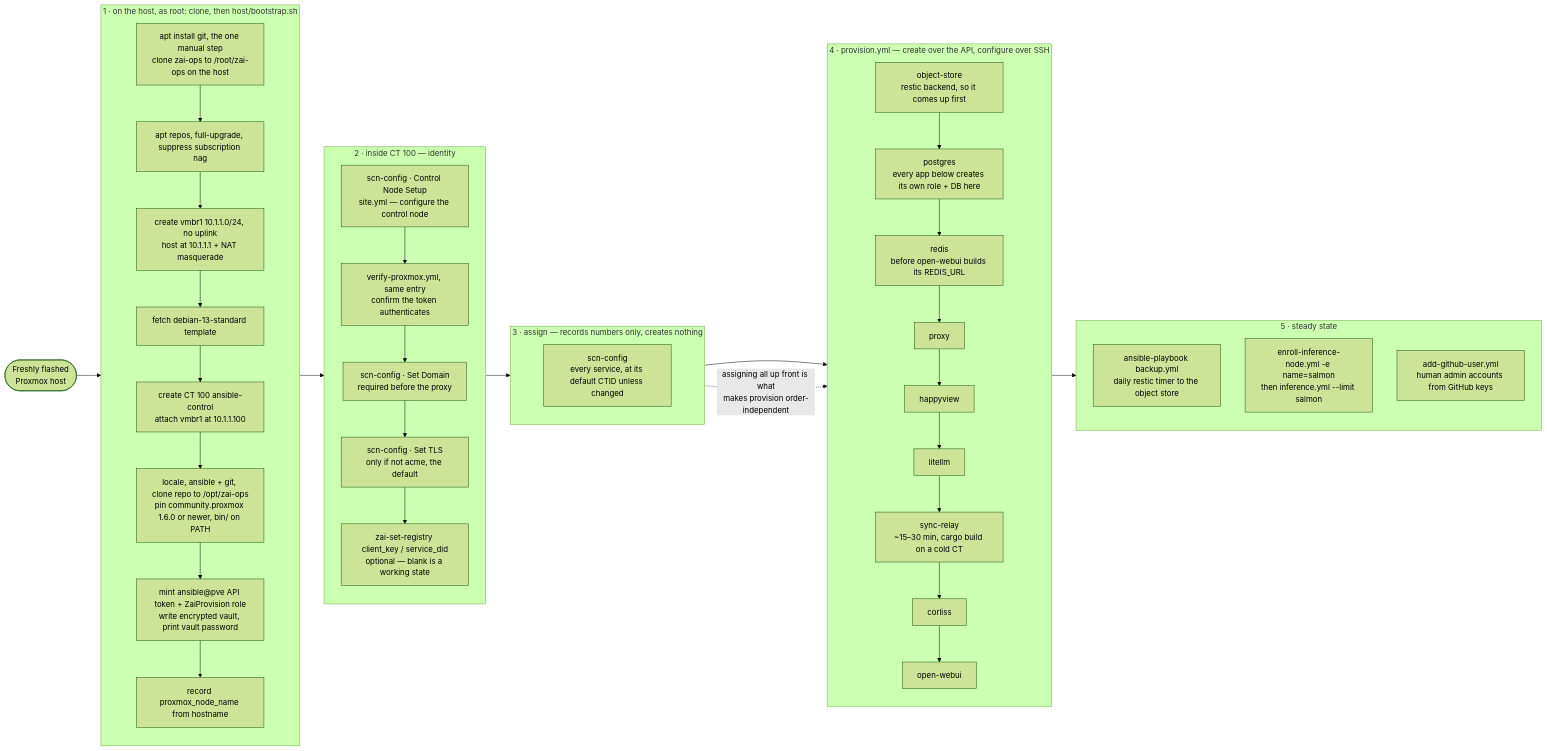
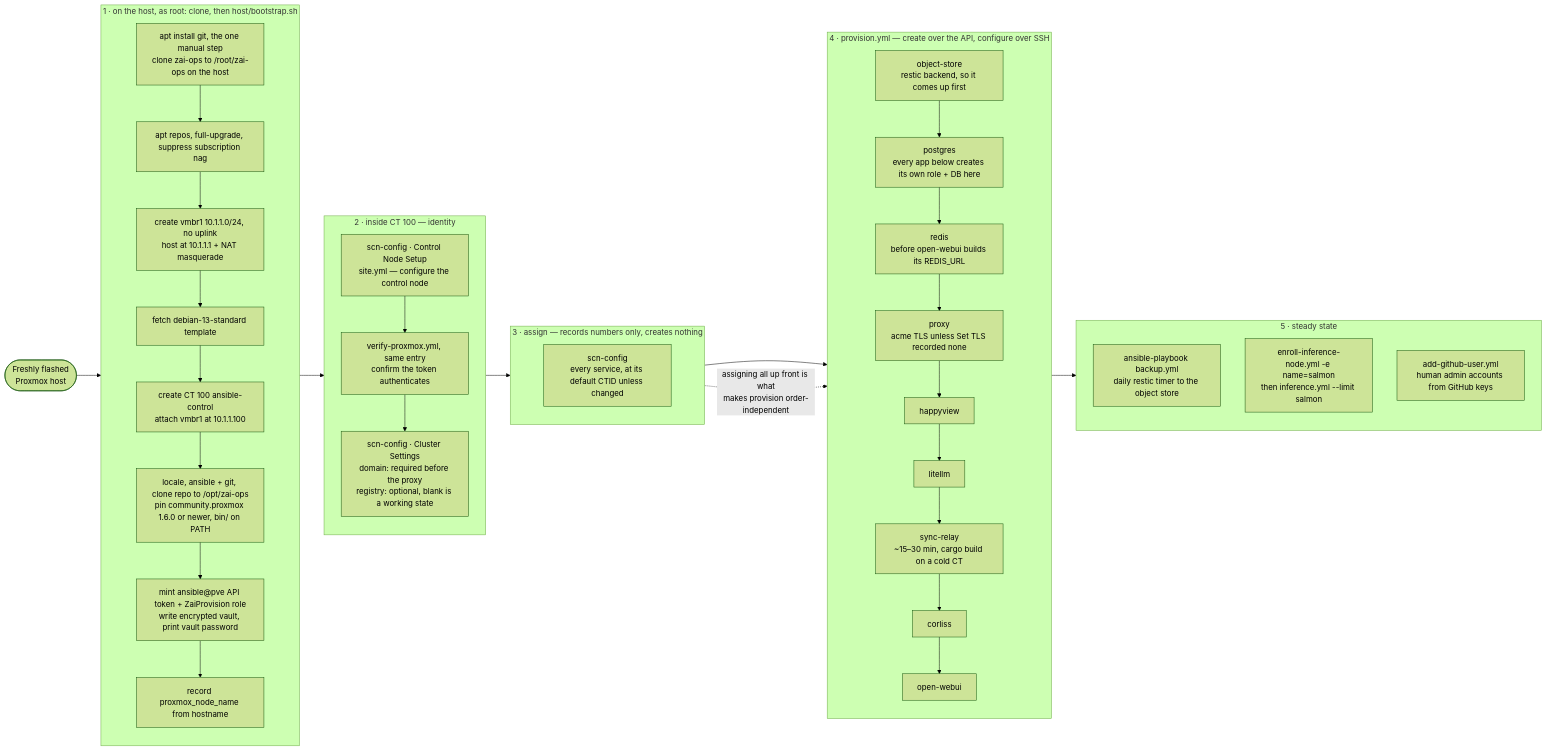
Before and after one commit to Z-Space-Society/zai-ops: the second of 4 diagrams in docs/diagrams.md, drawn with Mermaid (forest theme). The commit also changed 25 other files, not shown here.

First line of the commit message:
feat(scn-config): Cluster Settings holds the domain, registry and Proxmox host

````diff
--- a/docs/diagrams.md
+++ b/docs/diagrams.md
@@ -122,58 +122,56 @@
 ```mermaid
 flowchart LR
     start(["Freshly flashed<br/>Proxmox host"])
 
     subgraph phase1["1 · on the host, as root: clone, then host/bootstrap.sh"]
         direction TB
         b0["apt install git, the one manual step<br/>clone zai-ops to /root/zai-ops on the host"]
         b1["apt repos, full-upgrade, suppress subscription nag"]
         b0 --> b1
         b2["create vmbr1 10.1.1.0/24, no uplink<br/>host at 10.1.1.1 + NAT masquerade"]
         b3["fetch debian-13-standard template"]
         b4["create CT 100 ansible-control<br/>attach vmbr1 at 10.1.1.100"]
         b5["locale, ansible + git, clone repo to /opt/zai-ops<br/>pin community.proxmox 1.6.0 or newer, bin/ on PATH"]
         b6["mint ansible@pve API token + ZaiProvision role<br/>write encrypted vault, print vault password"]
         b7["record proxmox_node_name from hostname"]
         b1 --> b2 --> b3 --> b4 --> b5 --> b6 --> b7
     end
 
     subgraph phase2["2 · inside CT 100 — identity"]
         direction TB
         c1["scn-config · Control Node Setup<br/>site.yml — configure the control node"]
         c2["verify-proxmox.yml, same entry<br/>confirm the token authenticates"]
-        c3["scn-config · Set Domain<br/>required before the proxy"]
-        ct["scn-config · Set TLS<br/>only if not acme, the default"]
-        c4["zai-set-registry client_key / service_did<br/>optional — blank is a working state"]
-        c1 --> c2 --> c3 --> ct --> c4
+        c3["scn-config · Cluster Settings<br/>domain: required before the proxy<br/>registry: optional, blank is a working state"]
+        c1 --> c2 --> c3
     end
 
     subgraph phase3["3 · assign — records numbers only, creates nothing"]
         direction TB
         a1["scn-config<br/>every service, at its default CTID unless changed"]
     end
 
     subgraph phase4["4 · provision.yml — create over the API, configure over SSH"]
         direction TB
         p1["object-store<br/>restic backend, so it comes up first"]
         p2["postgres<br/>every app below creates its own role + DB here"]
         p3["redis<br/>before open-webui builds its REDIS_URL"]
-        p4["proxy"]
+        p4["proxy<br/>acme TLS unless Set TLS recorded none"]
         p5["happyview"]
         p6["litellm"]
         p7["sync-relay<br/>~15–30 min, cargo build on a cold CT"]
         p8["corliss"]
         p9["open-webui"]
         p1 --> p2 --> p3 --> p4 --> p5 --> p6 --> p7 --> p8 --> p9
     end
 
     subgraph phase5["5 · steady state"]
         direction TB
         s1["ansible-playbook backup.yml<br/>daily restic timer to the object store"]
         s2["enroll-inference-node.yml -e name=salmon<br/>then inference.yml --limit salmon"]
         s3["add-github-user.yml<br/>human admin accounts from GitHub keys"]
     end
 
     start --> phase1 --> phase2 --> phase3 --> phase4 --> phase5
 
     a1 -.->|"assigning all up front is what<br/>makes provision order-independent"| phase4
 ```
````
